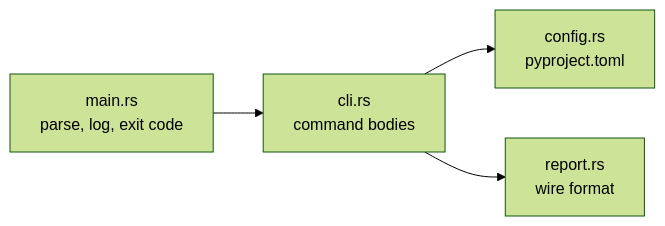
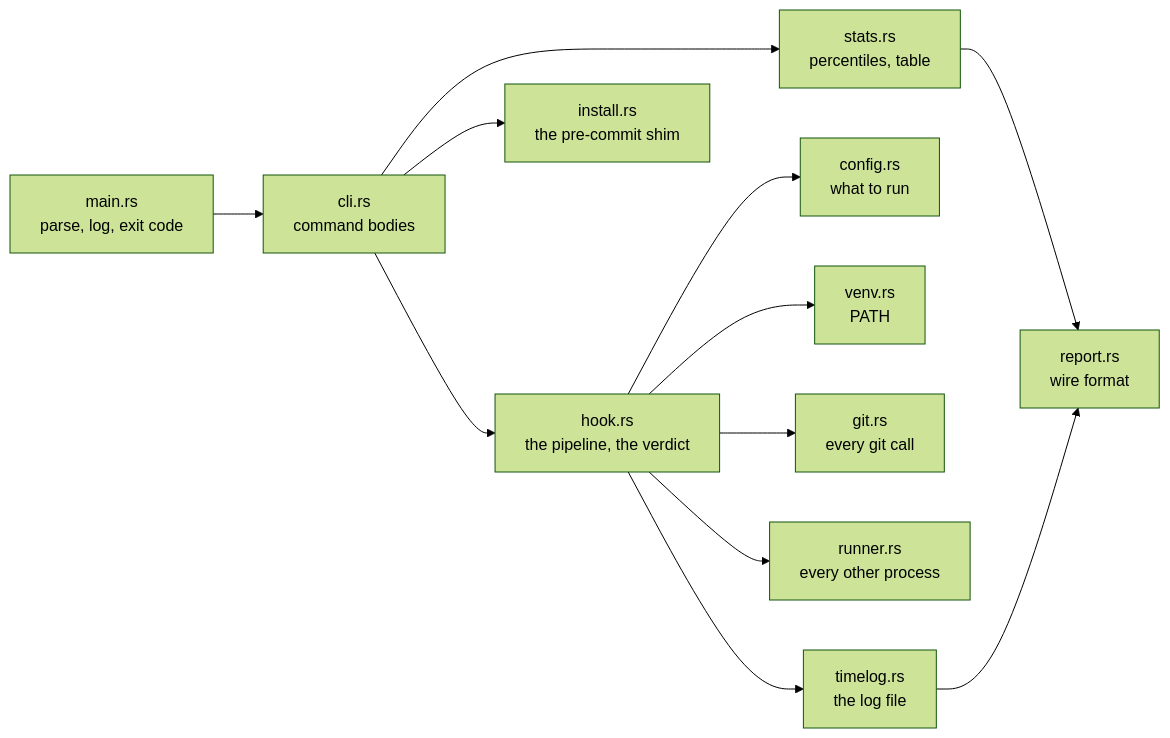
Before and after one commit to mojzis/madoqua: the second of 2 diagrams in docs/src/how-it-works.md, drawn with Mermaid (forest theme). The commit also changed other lines of this file and 38 other files, not shown here.

First line of the commit message:
Port the pre-commit bash hook to madoqua (#3)

````diff
--- a/docs/src/how-it-works.md
+++ b/docs/src/how-it-works.md
@@ -7,6 +34,14 @@
 ```mermaid
 flowchart LR
     main[main.rs<br/>parse, log, exit code] --> cli[cli.rs<br/>command bodies]
-    cli --> config[config.rs<br/>pyproject.toml]
-    cli --> report[report.rs<br/>wire format]
+    cli --> hook[hook.rs<br/>the pipeline, the verdict]
+    cli --> stats[stats.rs<br/>percentiles, table]
+    cli --> install[install.rs<br/>the pre-commit shim]
+    hook --> config[config.rs<br/>what to run]
+    hook --> venv[venv.rs<br/>PATH]
+    hook --> git[git.rs<br/>every git call]
+    hook --> runner[runner.rs<br/>every other process]
+    hook --> timelog[timelog.rs<br/>the log file]
+    stats --> report[report.rs<br/>wire format]
+    timelog --> report
 ```
````
